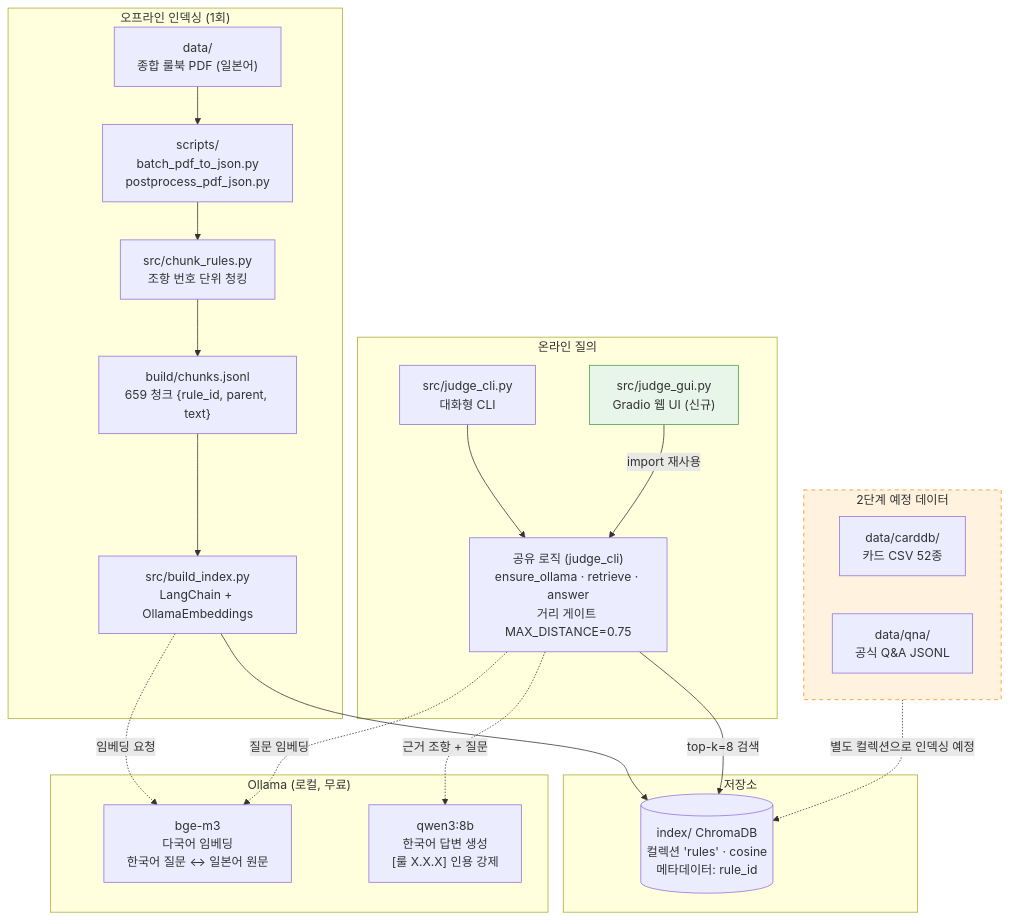
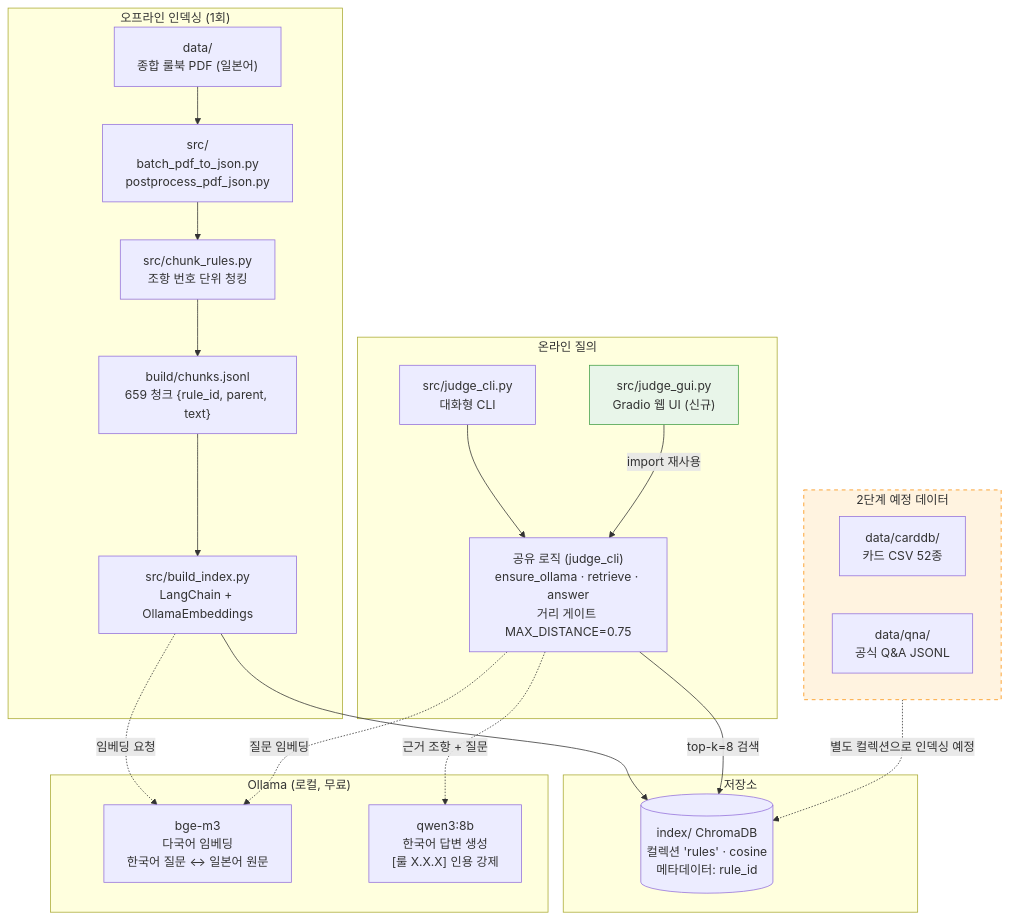
Before and after one commit to jeyukburrito/sve_rag_judge: the diagram in docs/architecture.md, drawn with Mermaid. The commit also changed 4 other files, not shown here.

First line of the commit message:
chore: move extraction scripts into src/, update all doc paths

````diff
--- a/docs/architecture.md
+++ b/docs/architecture.md
@@ -3,43 +3,43 @@
 ```mermaid
 flowchart TB
     subgraph OFFLINE["오프라인 인덱싱 (1회)"]
         PDF["data/<br/>종합 룰북 PDF (일본어)"]
-        EXTRACT["scripts/<br/>batch_pdf_to_json.py<br/>postprocess_pdf_json.py"]
+        EXTRACT["src/<br/>batch_pdf_to_json.py<br/>postprocess_pdf_json.py"]
         CHUNK["src/chunk_rules.py<br/>조항 번호 단위 청킹"]
         JSONL["build/chunks.jsonl<br/>659 청크 {rule_id, parent, text}"]
         BUILD["src/build_index.py<br/>LangChain + OllamaEmbeddings"]
         PDF --> EXTRACT --> CHUNK --> JSONL --> BUILD
     end
 
     subgraph STORE["저장소"]
         CHROMA[("index/ ChromaDB<br/>컬렉션 'rules' · cosine<br/>메타데이터: rule_id")]
     end
 
     subgraph ONLINE["온라인 질의"]
         CLI["src/judge_cli.py<br/>대화형 CLI"]
         GUI["src/judge_gui.py<br/>Gradio 웹 UI (신규)"]
         CORE["공유 로직 (judge_cli)<br/>ensure_ollama · retrieve · answer<br/>거리 게이트 MAX_DISTANCE=0.75"]
         CLI --> CORE
         GUI -->|import 재사용| CORE
     end
 
     subgraph OLLAMA["Ollama (로컬, 무료)"]
         EMB["bge-m3<br/>다국어 임베딩<br/>한국어 질문 ↔ 일본어 원문"]
         LLM["qwen3:8b<br/>한국어 답변 생성<br/>[룰 X.X.X] 인용 강제"]
     end
 
     BUILD --> CHROMA
     BUILD -.임베딩 요청.-> EMB
     CORE -->|top-k=8 검색| CHROMA
     CORE -.질문 임베딩.-> EMB
     CORE -.근거 조항 + 질문.-> LLM
 
     subgraph PHASE2["2단계 예정 데이터"]
         CARD["data/carddb/<br/>카드 CSV 52종"]
         QNA["data/qna/<br/>공식 Q&A JSONL"]
     end
     PHASE2 -.별도 컬렉션으로 인덱싱 예정.-> CHROMA
 
     style GUI fill:#e8f5e9,stroke:#43a047
     style PHASE2 fill:#fff3e0,stroke:#fb8c00,stroke-dasharray: 5 5
 ```
````
